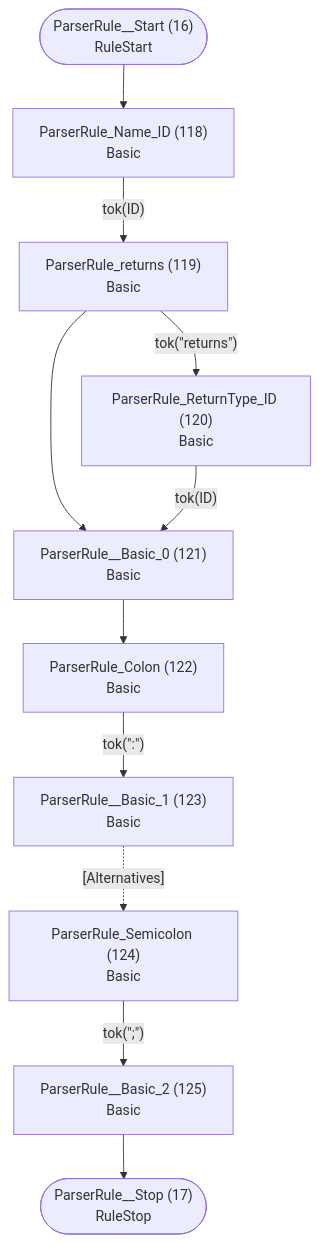
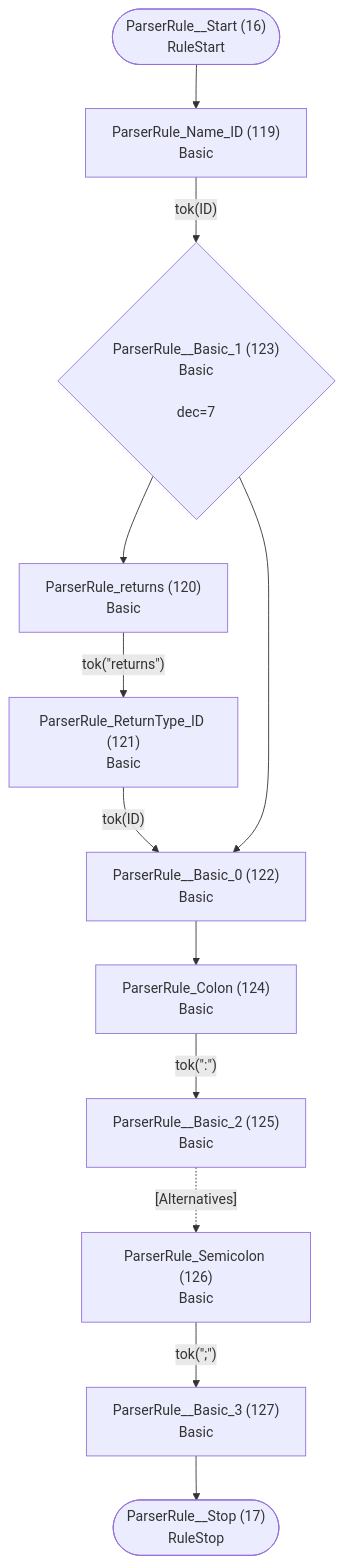
Before and after one commit to TypeFox/fastbelt: the ninth of 26 diagrams in internal/grammar/atn.md, drawn with Mermaid. The commit also changed other lines of this file and 53 other files, not shown here.

````diff
--- a/internal/grammar/atn.md
+++ b/internal/grammar/atn.md
@@ -230,24 +232,26 @@
 ```mermaid
 flowchart TD
     q16(["ParserRule__Start (16)<br/>RuleStart"])
     q17(["ParserRule__Stop (17)<br/>RuleStop"])
-    q118["ParserRule_Name_ID (118)<br/>Basic<br/>"]
-    q119["ParserRule_returns (119)<br/>Basic<br/>"]
-    q120["ParserRule_ReturnType_ID (120)<br/>Basic<br/>"]
-    q121["ParserRule__Basic_0 (121)<br/>Basic<br/>"]
-    q122["ParserRule_Colon (122)<br/>Basic<br/>"]
-    q123["ParserRule__Basic_1 (123)<br/>Basic<br/>"]
-    q124["ParserRule_Semicolon (124)<br/>Basic<br/>"]
+    q119["ParserRule_Name_ID (119)<br/>Basic<br/>"]
+    q120["ParserRule_returns (120)<br/>Basic<br/>"]
+    q121["ParserRule_ReturnType_ID (121)<br/>Basic<br/>"]
+    q122["ParserRule__Basic_0 (122)<br/>Basic<br/>"]
+    q123{"ParserRule__Basic_1 (123)<br/>Basic<br/><br/>dec=7"}
+    q124["ParserRule_Colon (124)<br/>Basic<br/>"]
     q125["ParserRule__Basic_2 (125)<br/>Basic<br/>"]
+    q126["ParserRule_Semicolon (126)<br/>Basic<br/>"]
+    q127["ParserRule__Basic_3 (127)<br/>Basic<br/>"]
 
-    q16 --> q118
-    q118 -->|"tok(ID)"| q119
-    q119 -->|"tok(&quot;returns&quot;)"| q120
-    q119 --> q121
-    q120 -->|"tok(ID)"| q121
-    q121 --> q122
-    q122 -->|"tok(&quot;:&quot;)"| q123
-    q123 -.->|"[Alternatives]"| q124
-    q124 -->|"tok(&quot;;&quot;)"| q125
-    q125 --> q17
+    q16 --> q119
+    q119 -->|"tok(ID)"| q123
+    q120 -->|"tok(&quot;returns&quot;)"| q121
+    q121 -->|"tok(ID)"| q122
+    q122 --> q124
+    q123 --> q120
+    q123 --> q122
+    q124 -->|"tok(&quot;:&quot;)"| q125
+    q125 -.->|"[Alternatives]"| q126
+    q126 -->|"tok(&quot;;&quot;)"| q127
+    q127 --> q17
 ```
````
